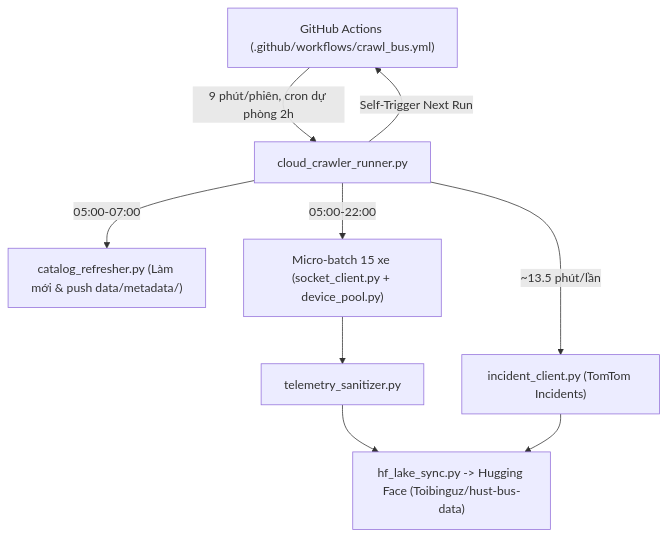
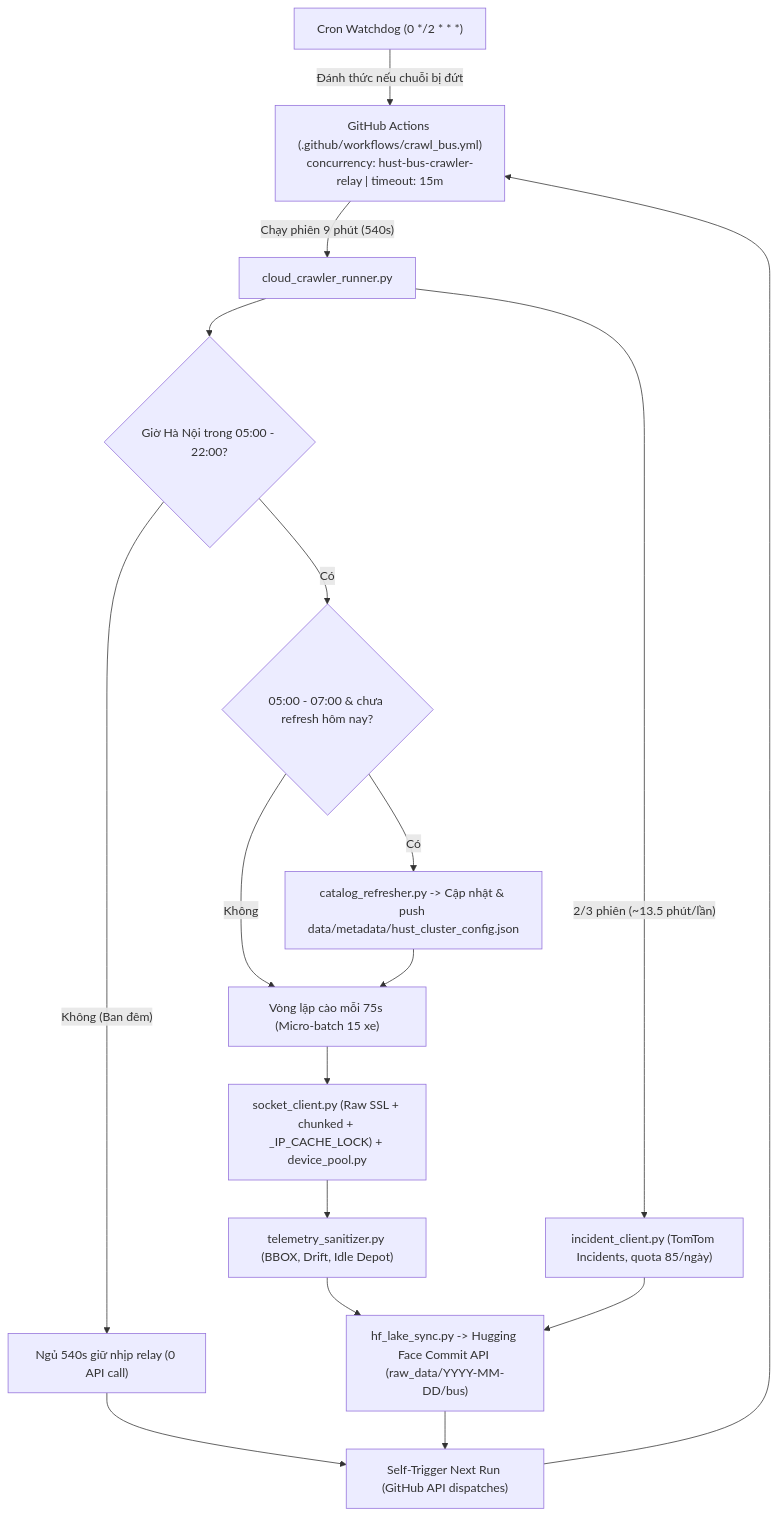
The diagram in docs/CRAWLER.md (toibinguz/Bus_tracking), drawn with Mermaid before and after one commit. The commit also changed 10 other files, not shown here.

Commit message:
docs: detail all vertical Mermaid diagrams and show Gold Baseline feeding ML training

````diff
--- a/docs/CRAWLER.md
+++ b/docs/CRAWLER.md
@@ -9,11 +9,18 @@
 ```mermaid
 flowchart TD
-    GHA["GitHub Actions (.github/workflows/crawl_bus.yml)"] -->|"9 phút/phiên, cron dự phòng 2h"| RUN["cloud_crawler_runner.py"]
-    RUN -->|"05:00-07:00"| CAT["catalog_refresher.py (Làm mới & push data/metadata/)"]
-    RUN -->|"05:00-22:00"| BUS["Micro-batch 15 xe (socket_client.py + device_pool.py)"]
-    RUN -->|"~13.5 phút/lần"| TOM["incident_client.py (TomTom Incidents)"]
-    BUS --> SAN["telemetry_sanitizer.py"]
-    SAN --> HF["hf_lake_sync.py -> Hugging Face (Toibinguz/hust-bus-data)"]
+    GHA["GitHub Actions (.github/workflows/crawl_bus.yml)\nconcurrency: hust-bus-crawler-relay | timeout: 15m"] -->|"Chạy phiên 9 phút (540s)"| RUN["cloud_crawler_runner.py"]
+    CRON["Cron Watchdog (0 */2 * * *)"] -->|"Đánh thức nếu chuỗi bị đứt"| GHA
+    RUN --> CHK_HR{"Giờ Hà Nội trong 05:00 - 22:00?"}
+    CHK_HR -->|"Không (Ban đêm)"| SLEEP["Ngủ 540s giữ nhịp relay (0 API call)"]
+    CHK_HR -->|"Có"| CHK_AM{"05:00 - 07:00 & chưa refresh hôm nay?"}
+    CHK_AM -->|"Có"| CAT["catalog_refresher.py -> Cập nhật & push data/metadata/hust_cluster_config.json"]
+    CHK_AM -->|"Không"| LOOP
+    CAT --> LOOP["Vòng lặp cào mỗi 75s (Micro-batch 15 xe)"]
+    LOOP --> SOCK["socket_client.py (Raw SSL + chunked + _IP_CACHE_LOCK) + device_pool.py"]
+    SOCK --> SAN["telemetry_sanitizer.py (BBOX, Drift, Idle Depot)"]
+    RUN -->|"2/3 phiên (~13.5 phút/lần)"| TOM["incident_client.py (TomTom Incidents, quota 85/ngày)"]
+    SAN --> HF["hf_lake_sync.py -> Hugging Face Commit API (raw_data/YYYY-MM-DD/bus)"]
     TOM --> HF
-    RUN -->|"Self-Trigger Next Run"| GHA
+    SLEEP --> RELAY["Self-Trigger Next Run (GitHub API dispatches)"]
+    HF --> RELAY --> GHA
 ```
````
